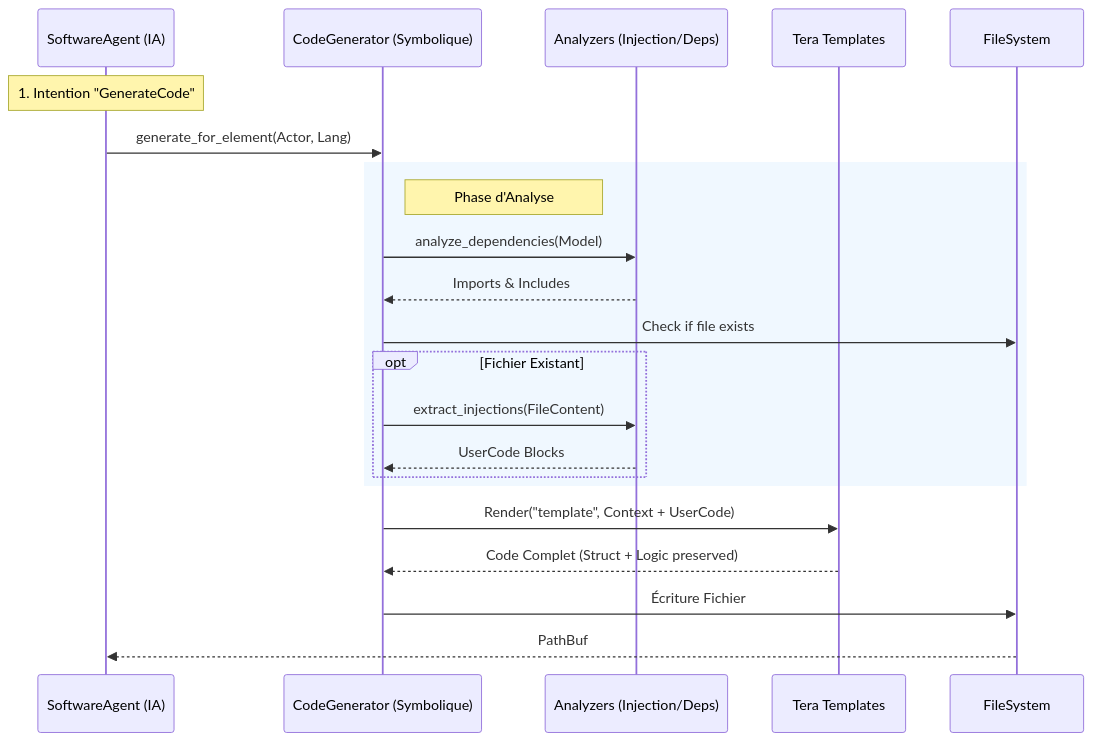
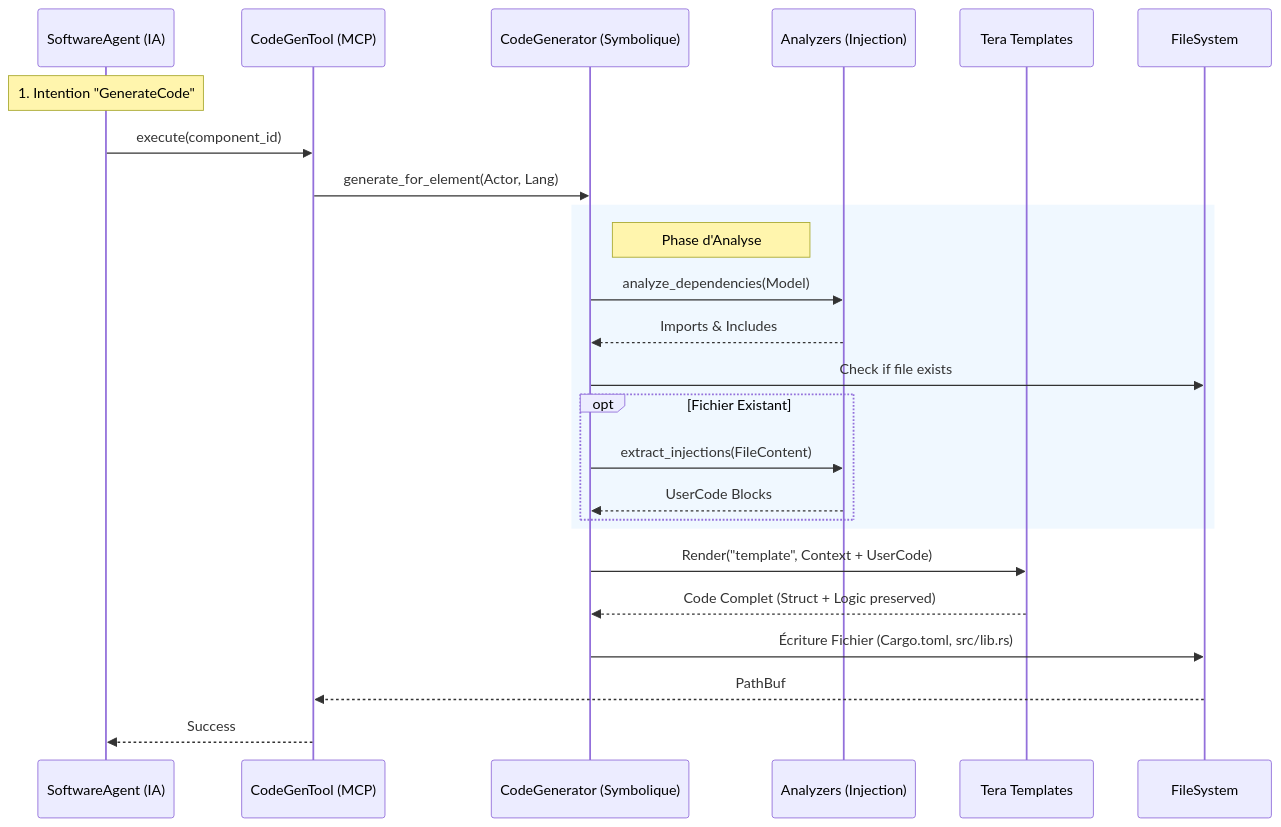
The diagram in src-tauri/src/code_generator/README.md (Condorcet-Continuum/raise), drawn with Mermaid before and after one commit. The commit also changed other lines of this file and 78 other files, not shown here.

````diff
--- a/src-tauri/src/code_generator/README.md
+++ b/src-tauri/src/code_generator/README.md
@@ -16,29 +16,31 @@
 ```mermaid
 sequenceDiagram
     participant Agent as SoftwareAgent (IA)
+    participant Tool as CodeGenTool (MCP)
     participant Gen as CodeGenerator (Symbolique)
-    participant Analyzer as Analyzers (Injection/Deps)
+    participant Analyzer as Analyzers (Injection)
     participant Tpl as Tera Templates
     participant FS as FileSystem
 
     Note over Agent: 1. Intention "GenerateCode"
-    Agent->>Gen: generate_for_element(Actor, Lang)
+    Agent->>Tool: execute(component_id)
+    Tool->>Gen: generate_for_element(Actor, Lang)
 
     rect rgb(240, 248, 255)
         Note right of Gen: Phase d'Analyse
         Gen->>Analyzer: analyze_dependencies(Model)
         Analyzer-->>Gen: Imports & Includes
 
         Gen->>FS: Check if file exists
         opt Fichier Existant
             Gen->>Analyzer: extract_injections(FileContent)
             Analyzer-->>Gen: UserCode Blocks
         end
     end
 
     Gen->>Tpl: Render("template", Context + UserCode)
     Tpl-->>Gen: Code Complet (Struct + Logic preserved)
-    Gen->>FS: Écriture Fichier
-    FS-->>Agent: PathBuf
-
+    Gen->>FS: Écriture Fichier (Cargo.toml, src/lib.rs)
+    FS-->>Tool: PathBuf
+    Tool-->>Agent: Success
 ```
````
